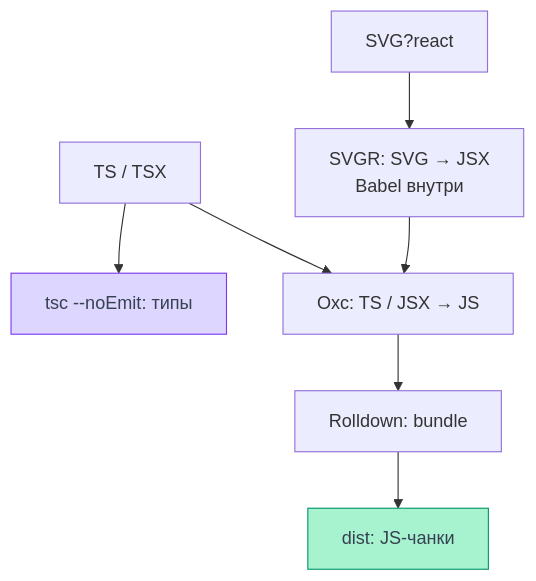
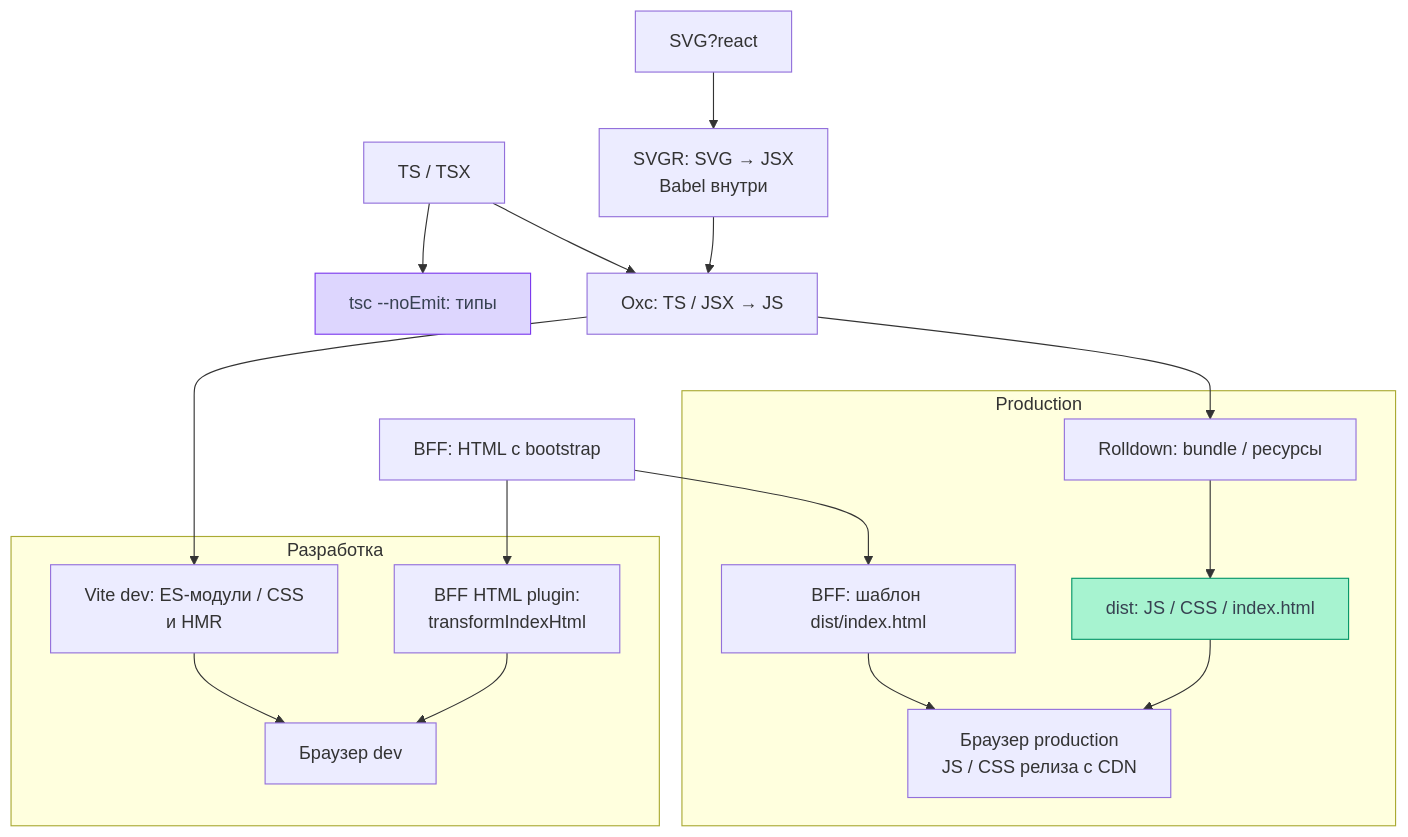
Before and after one commit to Cringe-Driven-Development-Team/docs: the diagram in site/documentation/frontend/build.md, drawn with Mermaid. The commit also changed other lines of this file and 6 other files, not shown here.

Commit message:
docs(frontend): дополнены связи пяти учебных схем

````diff
--- a/site/documentation/frontend/build.md
+++ b/site/documentation/frontend/build.md
@@ -40,14 +46,25 @@
 ```mermaid
-%% Flowchart: проверка типов отделена от выпуска JS; SVG сходится с TS/TSX на Oxc.
+%% Flowchart: общий transform и отдельный typecheck; dev доставляет модули, prod — готовые ассеты.
 flowchart TD
     source["TS / TSX"] --> typecheck["tsc --noEmit: типы"]
     source --> oxc["Oxc: TS / JSX → JS"]
     svg["SVG?react"] --> svgr["SVGR: SVG → JSX<br/>Babel внутри"]
     svgr --> oxc
-    oxc --> bundle["Rolldown: bundle"]
-    bundle --> dist["dist: JS-чанки"]
+    subgraph development["Разработка"]
+        modules["Vite dev: ES-модули / CSS<br/>и HMR"] --> devBrowser["Браузер dev"]
+        devHtml["BFF HTML plugin:<br/>transformIndexHtml"] --> devBrowser
+    end
+    subgraph production["Production"]
+        bundle["Rolldown: bundle / ресурсы"] --> dist["dist: JS / CSS / index.html"]
+        dist --> prodBrowser["Браузер production<br/>JS / CSS релиза с CDN"]
+        prodHtml["BFF: шаблон dist/index.html"] --> prodBrowser
+    end
+    oxc --> modules
+    oxc --> bundle
+    bff["BFF: HTML с bootstrap"] --> devHtml
+    bff --> prodHtml
     classDef check fill:#ddd6fe,stroke:#7c3aed,color:#374151
     classDef artifact fill:#a7f3d0,stroke:#059669,color:#374151
     class typecheck check
     class dist artifact
 ```
````
